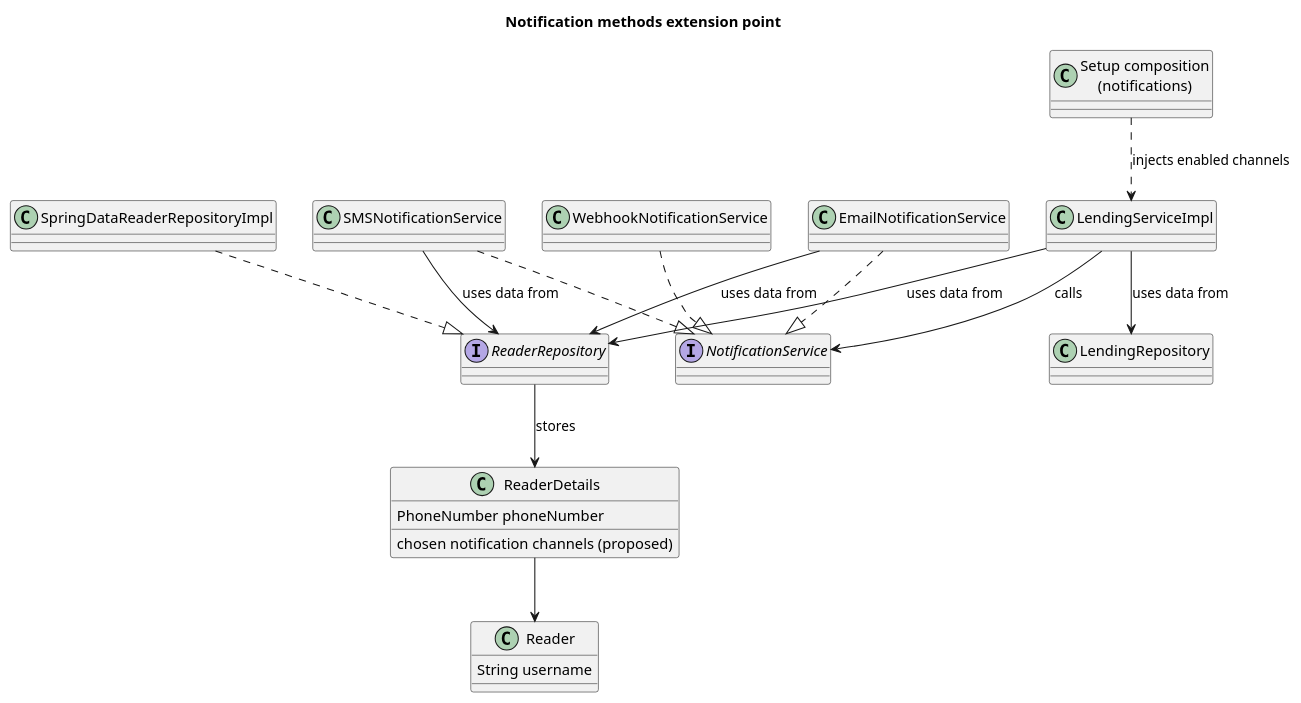
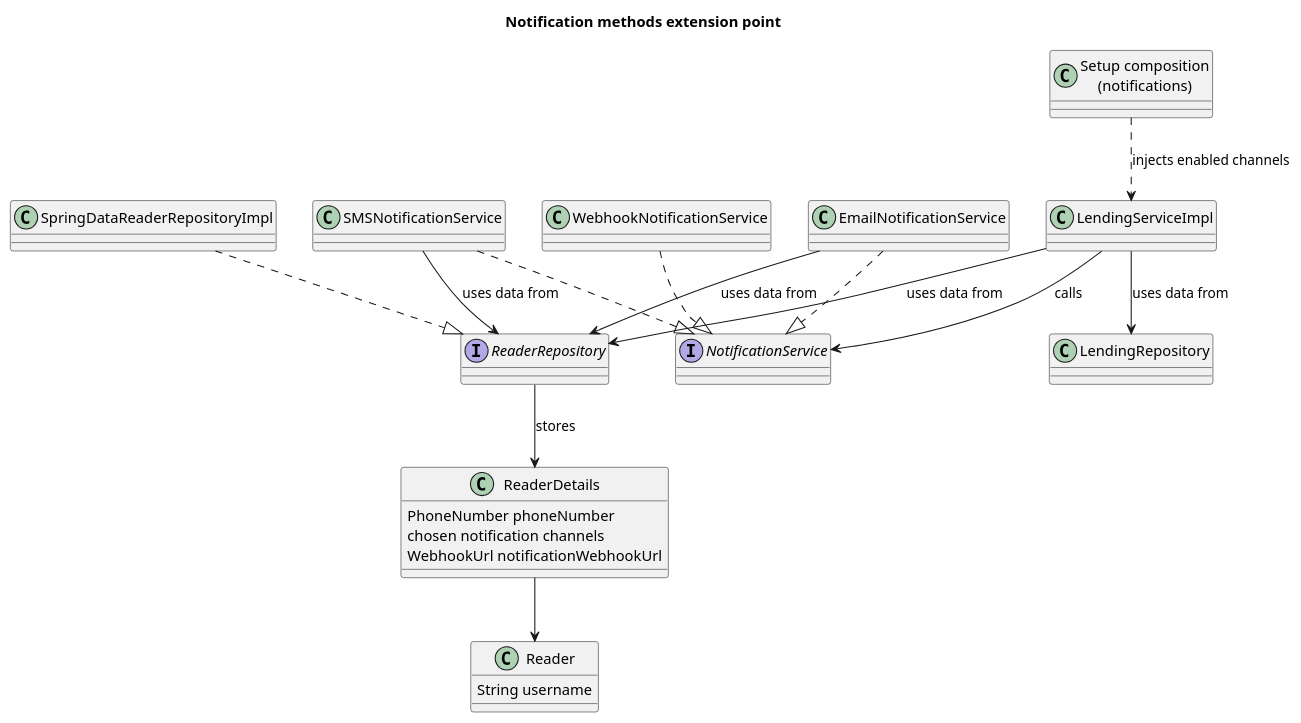
The diagram in Docs/DocsMasterDegree/system-to-be/Images/NotificationMethodsExtensibilityStructure.puml (Max1124/ARQSOFT_ODSOFT_G6), drawn with PlantUML before and after one commit. The commit also changed 25 other files, not shown here.

```diff
--- a/Docs/DocsMasterDegree/system-to-be/Images/NotificationMethodsExtensibilityStructure.puml
+++ b/Docs/DocsMasterDegree/system-to-be/Images/NotificationMethodsExtensibilityStructure.puml
@@ -1,38 +1,39 @@
 @startuml
 title Notification methods extension point
 interface NotificationService
 class SMSNotificationService
 class EmailNotificationService
 class WebhookNotificationService
 
 class LendingServiceImpl
 class LendingRepository
 class "Setup composition\n(notifications)" as Composition
 
 interface ReaderRepository
 class SpringDataReaderRepositoryImpl
 
 class ReaderDetails {
   PhoneNumber phoneNumber
-  chosen notification channels (proposed)
+  chosen notification channels
+  WebhookUrl notificationWebhookUrl
 }
 class Reader {
   String username
 }
 
 SMSNotificationService ..|> NotificationService
 EmailNotificationService ..|> NotificationService
 WebhookNotificationService ..|> NotificationService
 SpringDataReaderRepositoryImpl ..|> ReaderRepository
 
 Composition ..> LendingServiceImpl : injects enabled channels
 LendingServiceImpl --> NotificationService : calls
 LendingServiceImpl --> LendingRepository : uses data from
 LendingServiceImpl --> ReaderRepository : uses data from
 
 SMSNotificationService --> ReaderRepository : uses data from
 EmailNotificationService --> ReaderRepository : uses data from
 
 ReaderRepository --> ReaderDetails : stores
 ReaderDetails --> Reader
 @enduml
```
